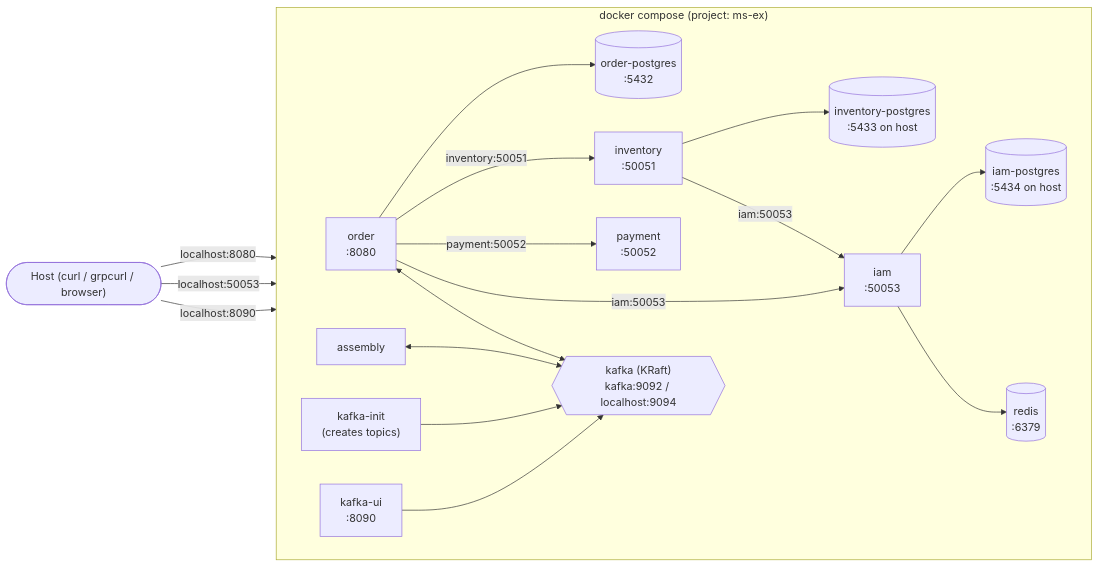
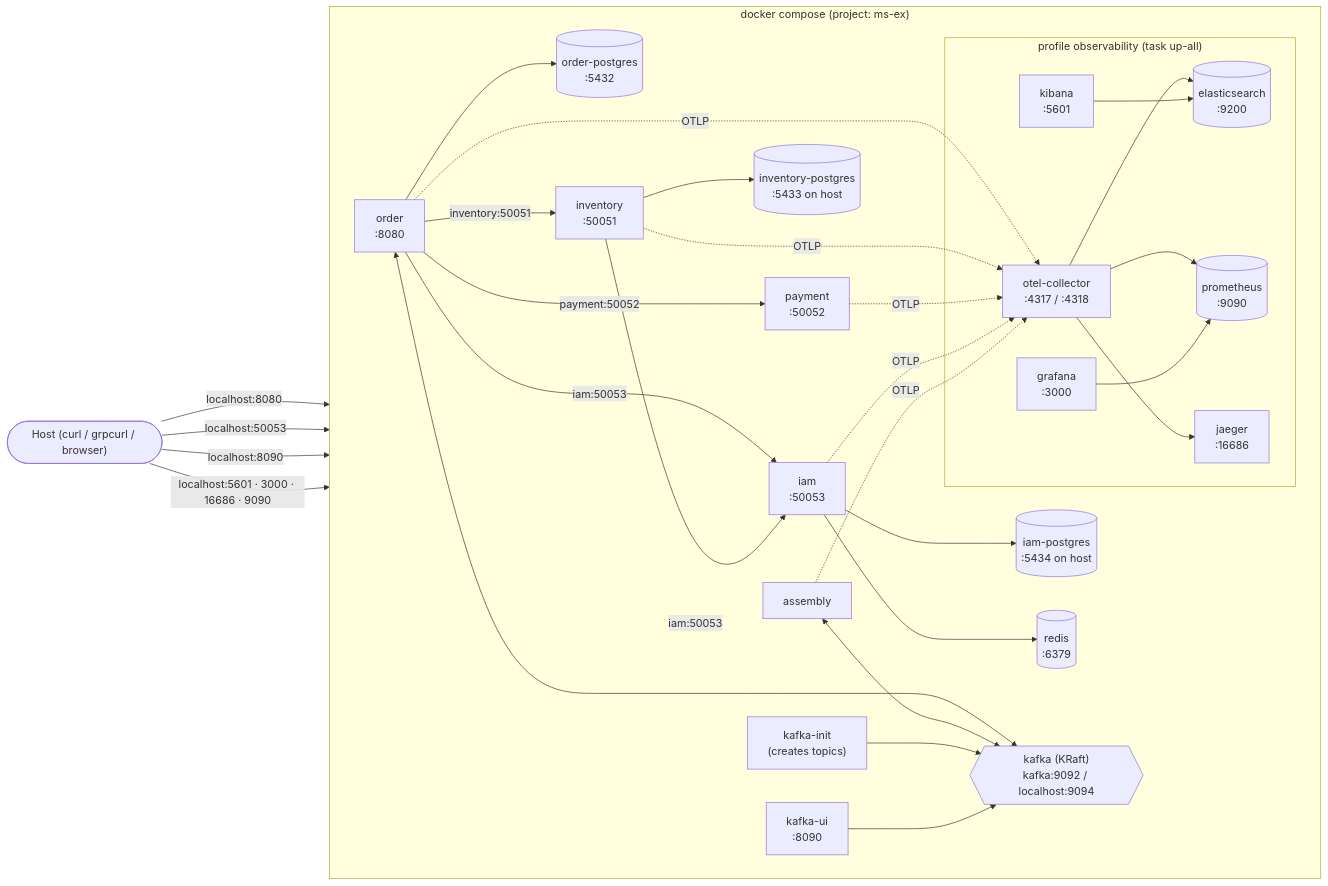
One commit to omaigo88/ms-ex changed the seventh of 7 diagrams in docs/architecture.md. Above: the diagram before and after it, drawn with Mermaid. The commit also changed other lines of this file and 59 other files, not shown here.

````diff
--- a/docs/architecture.md
+++ b/docs/architecture.md
@@ -330,35 +401,49 @@
 ```mermaid
 flowchart LR
     subgraph "docker compose (project: ms-ex)"
         direction LR
         Order["order\n:8080"]
         OrderPG[("order-postgres\n:5432")]
         Inventory["inventory\n:50051"]
         InventoryPG[("inventory-postgres\n:5433 on host")]
         Payment["payment\n:50052"]
         IAM["iam\n:50053"]
         IAMPG[("iam-postgres\n:5434 on host")]
         Redis[("redis\n:6379")]
         Assembly["assembly"]
         Kafka{{"kafka (KRaft)\nkafka:9092 / localhost:9094"}}
         KafkaInit["kafka-init\n(creates topics)"]
         KafkaUI["kafka-ui\n:8090"]
 
+        subgraph Obs["profile observability (task up-all)"]
+            Collector["otel-collector\n:4317 / :4318"]
+            ES[("elasticsearch\n:9200")]
+            Kibana["kibana\n:5601"]
+            Prom[("prometheus\n:9090")]
+            Grafana["grafana\n:3000"]
+            Jaeger["jaeger\n:16686"]
+        end
+
         Order --> OrderPG
         Order -- "inventory:50051" --> Inventory
         Order -- "payment:50052" --> Payment
         Inventory --> InventoryPG
         Order -- "iam:50053" --> IAM
         Inventory -- "iam:50053" --> IAM
         IAM --> IAMPG
         IAM --> Redis
         Order <--> Kafka
         Assembly <--> Kafka
         KafkaInit --> Kafka
         KafkaUI --> Kafka
+        Order & Inventory & Payment & IAM & Assembly -. "OTLP" .-> Collector
+        Collector --> ES & Prom & Jaeger
+        Kibana --> ES
+        Grafana --> Prom
     end
 
     Host(["Host (curl / grpcurl / browser)"]) -- "localhost:8080" --> Order
     Host -- "localhost:50053" --> IAM
     Host -- "localhost:8090" --> KafkaUI
+    Host -- "localhost:5601 · 3000 · 16686 · 9090" --> Obs
 ```
````
